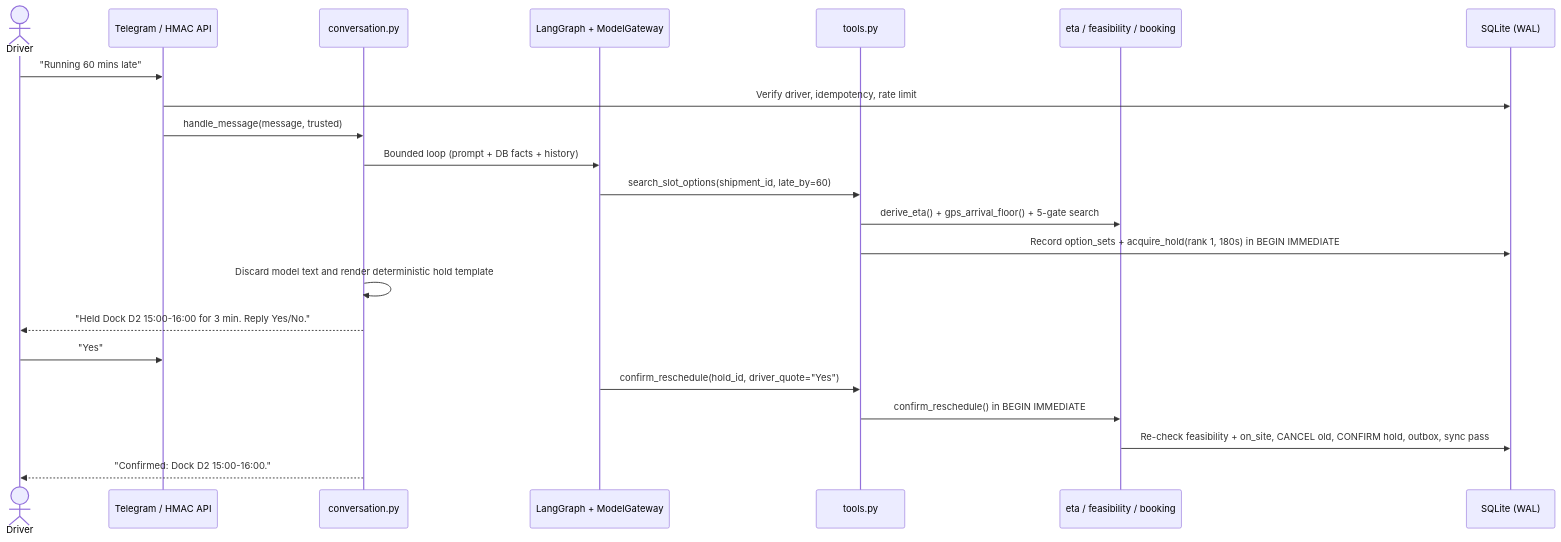
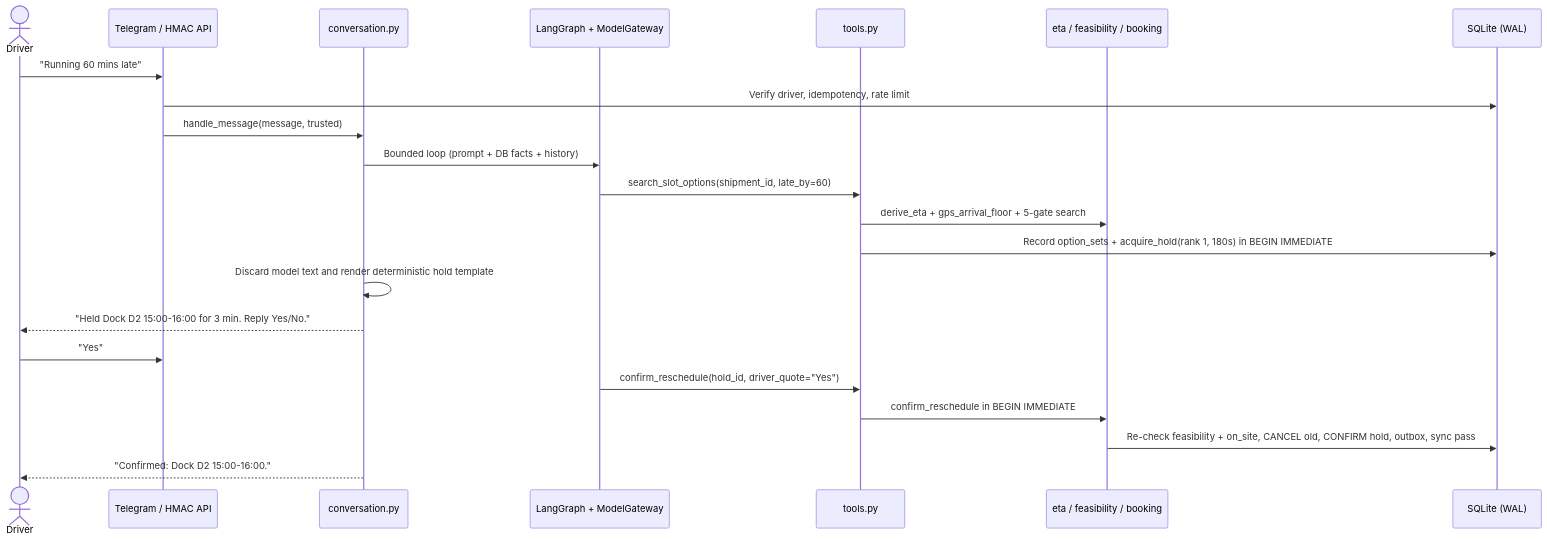
Before and after one commit to vijay-inner-compass/SetuHaul_Rescheduling_Service: the second of 2 diagrams in docs/enterprise/03-architecture/DOC-08-low-level-design.md, drawn with Mermaid. The commit also changed other lines of this file and 36 other files, not shown here.

````diff
--- a/docs/enterprise/03-architecture/DOC-08-low-level-design.md
+++ b/docs/enterprise/03-architecture/DOC-08-low-level-design.md
@@ -111,25 +111,25 @@
 ```mermaid
 sequenceDiagram
-    actor Driver
-    participant Channel as Telegram / HMAC API
-    participant Conv as conversation.py
-    participant LLM as LangGraph + ModelGateway
-    participant Tools as tools.py
-    participant Domain as eta / feasibility / booking
-    participant DB as SQLite (WAL)
+ actor Driver
+ participant Channel as Telegram / HMAC API
+ participant Conv as conversation.py
+ participant LLM as LangGraph + ModelGateway
+ participant Tools as tools.py
+ participant Domain as eta / feasibility / booking
+ participant DB as SQLite (WAL)
 
-    Driver->>Channel: "Running 60 mins late"
-    Channel->>DB: Verify driver, idempotency, rate limit
-    Channel->>Conv: handle_message(message, trusted)
-    Conv->>LLM: Bounded loop (prompt + DB facts + history)
-    LLM->>Tools: search_slot_options(shipment_id, late_by=60)
-    Tools->>Domain: derive_eta() + gps_arrival_floor() + 5-gate search
-    Tools->>DB: Record option_sets + acquire_hold(rank 1, 180s) in BEGIN IMMEDIATE
-    Conv->>Conv: Discard model text and render deterministic hold template
-    Conv-->>Driver: "Held Dock D2 15:00-16:00 for 3 min. Reply Yes/No."
-    Driver->>Channel: "Yes"
-    LLM->>Tools: confirm_reschedule(hold_id, driver_quote="Yes")
-    Tools->>Domain: confirm_reschedule() in BEGIN IMMEDIATE
-    Domain->>DB: Re-check feasibility + on_site, CANCEL old, CONFIRM hold, outbox, sync pass
-    Conv-->>Driver: "Confirmed: Dock D2 15:00-16:00."
+ Driver->>Channel: "Running 60 mins late"
+ Channel->>DB: Verify driver, idempotency, rate limit
+ Channel->>Conv: handle_message(message, trusted)
+ Conv->>LLM: Bounded loop (prompt + DB facts + history)
+ LLM->>Tools: search_slot_options(shipment_id, late_by=60)
+ Tools->>Domain: derive_eta + gps_arrival_floor + 5-gate search
+ Tools->>DB: Record option_sets + acquire_hold(rank 1, 180s) in BEGIN IMMEDIATE
+ Conv->>Conv: Discard model text and render deterministic hold template
+ Conv-->>Driver: "Held Dock D2 15:00-16:00 for 3 min. Reply Yes/No."
+ Driver->>Channel: "Yes"
+ LLM->>Tools: confirm_reschedule(hold_id, driver_quote="Yes")
+ Tools->>Domain: confirm_reschedule in BEGIN IMMEDIATE
+ Domain->>DB: Re-check feasibility + on_site, CANCEL old, CONFIRM hold, outbox, sync pass
+ Conv-->>Driver: "Confirmed: Dock D2 15:00-16:00."
 ```
````
